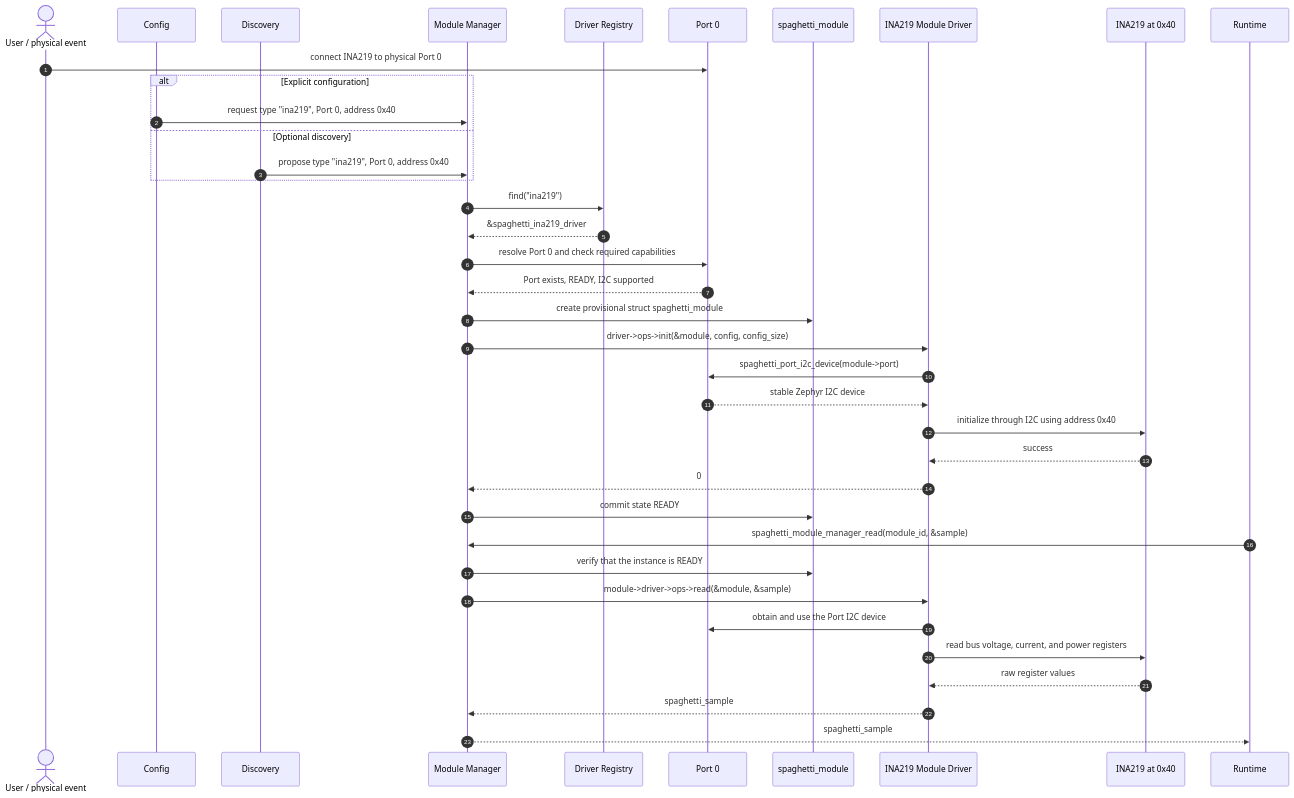
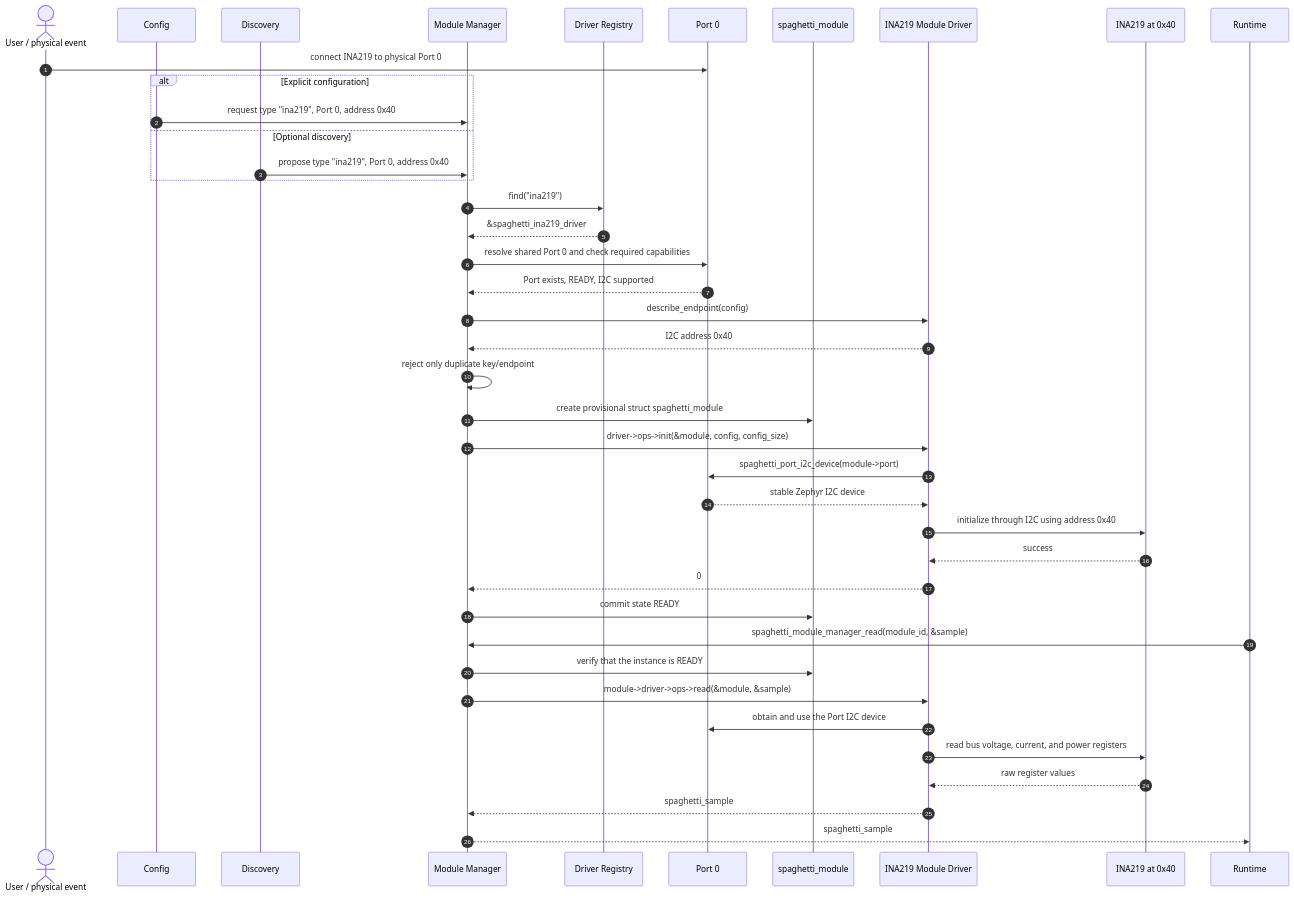
The eighth of 18 diagrams in Firmware/core/ARCHITECTURE.md (andreapiccini/SpaghettiLAB), drawn with Mermaid before and after one commit. The commit also changed other lines of this file and 62 other files, not shown here.

````diff
--- a/Firmware/core/ARCHITECTURE.md
+++ b/Firmware/core/ARCHITECTURE.md
@@ -253,41 +264,44 @@
 ```mermaid
 sequenceDiagram
     autonumber
     actor User as User / physical event
     participant Config
     participant Discovery
     participant Manager as Module Manager
     participant Registry as Driver Registry
     participant Port as Port 0
     participant Module as spaghetti_module
     participant Driver as INA219 Module Driver
     participant Hardware as INA219 at 0x40
     participant Runtime
 
     User->>Port: connect INA219 to physical Port 0
     alt Explicit configuration
         Config->>Manager: request type "ina219", Port 0, address 0x40
     else Optional discovery
         Discovery->>Manager: propose type "ina219", Port 0, address 0x40
     end
     Manager->>Registry: find("ina219")
     Registry-->>Manager: &spaghetti_ina219_driver
-    Manager->>Port: resolve Port 0 and check required capabilities
+    Manager->>Port: resolve shared Port 0 and check required capabilities
     Port-->>Manager: Port exists, READY, I2C supported
+    Manager->>Driver: describe_endpoint(config)
+    Driver-->>Manager: I2C address 0x40
+    Manager->>Manager: reject only duplicate key/endpoint
     Manager->>Module: create provisional struct spaghetti_module
     Manager->>Driver: driver->ops->init(&module, config, config_size)
     Driver->>Port: spaghetti_port_i2c_device(module->port)
     Port-->>Driver: stable Zephyr I2C device
     Driver->>Hardware: initialize through I2C using address 0x40
     Hardware-->>Driver: success
     Driver-->>Manager: 0
     Manager->>Module: commit state READY
     Runtime->>Manager: spaghetti_module_manager_read(module_id, &sample)
     Manager->>Module: verify that the instance is READY
     Manager->>Driver: module->driver->ops->read(&module, &sample)
     Driver->>Port: obtain and use the Port I2C device
     Driver->>Hardware: read bus voltage, current, and power registers
     Hardware-->>Driver: raw register values
     Driver-->>Manager: spaghetti_sample
     Manager-->>Runtime: spaghetti_sample
 ```
````
